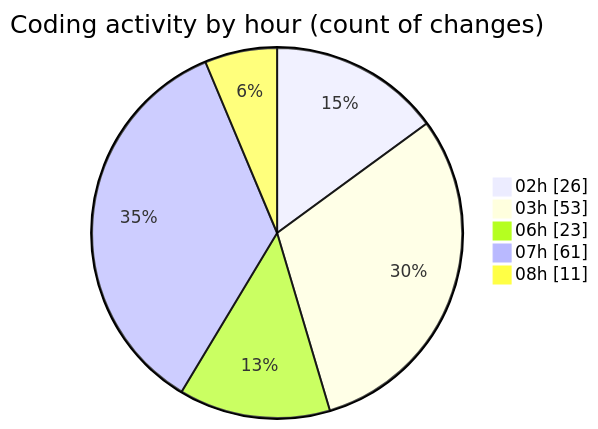
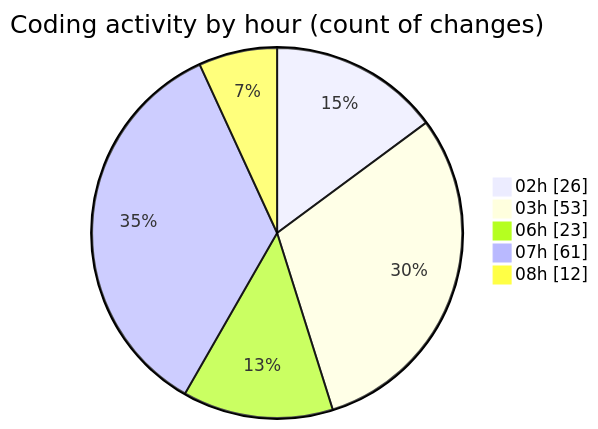
The second of 2 diagrams in 2025-02-22/micros/README.md (charlie-sans/code-tracking), drawn with Mermaid before and after one commit. The commit also changed other lines of this file and 1 other file, not shown here.

````diff
--- a/2025-02-22/micros/README.md
+++ b/2025-02-22/micros/README.md
@@ -72,9 +73,9 @@
 ```mermaid
 pie showData
 title Coding activity by hour (count of changes)
 "02h" : 26
 "03h" : 53
 "06h" : 23
 "07h" : 61
-"08h" : 11
+"08h" : 12
 ```
````
